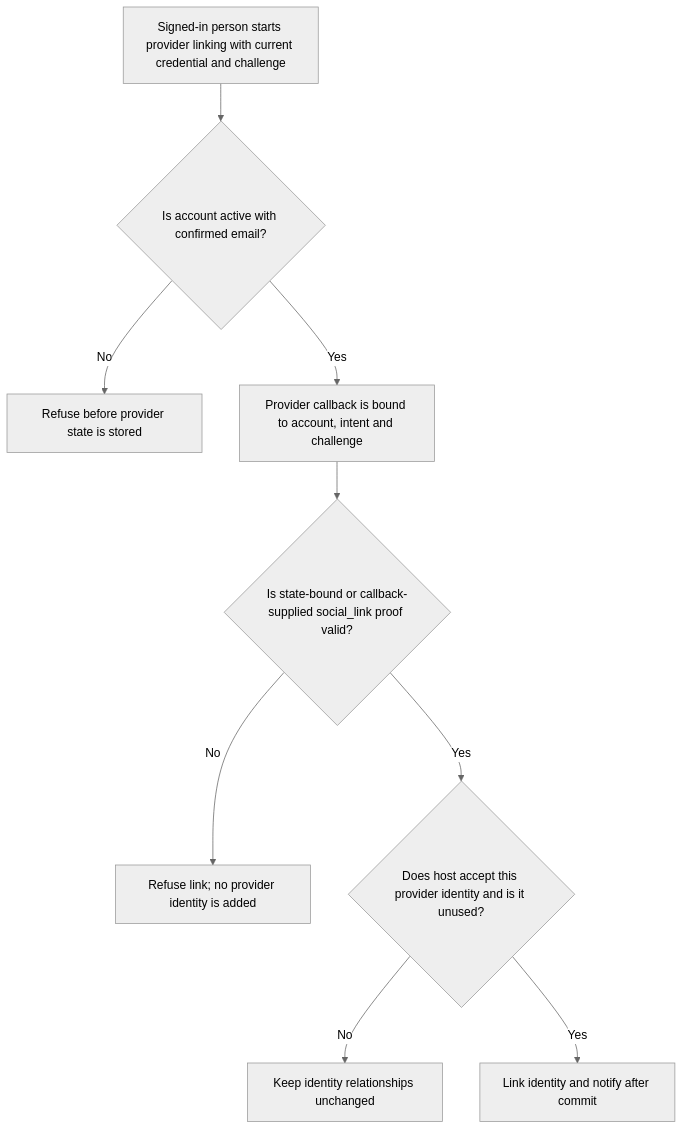
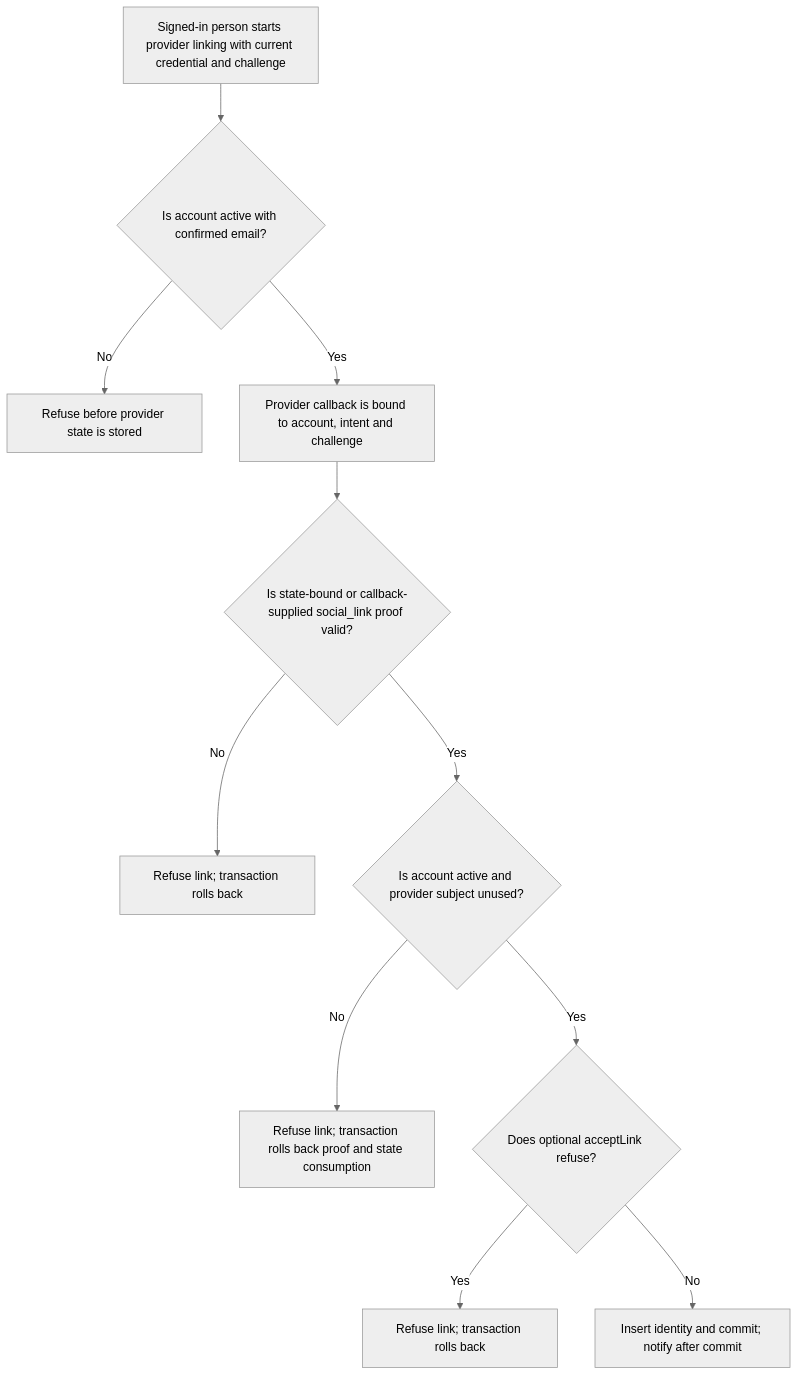
One commit to Kevinjohn/oss-adonisjs-account-kit changed the first of 2 diagrams in user-stories/US-ACCOUNT-21-link-social-identity.md. Above: the diagram before and after it, drawn with Mermaid (neutral theme). The commit also changed other lines of this file and 3 other files, not shown here.

Commit message:
Correct Account Kit catalogue flow details

````diff
--- a/user-stories/US-ACCOUNT-21-link-social-identity.md
+++ b/user-stories/US-ACCOUNT-21-link-social-identity.md
@@ -18,11 +18,13 @@
 ```mermaid
 flowchart TD
  A["Signed-in person starts provider linking with current credential and challenge"] --> B{"Is account active with confirmed email?"}
  B -->|No| C["Refuse before provider state is stored"]
  B -->|Yes| D["Provider callback is bound to account, intent and challenge"]
  D --> E{"Is state-bound or callback-supplied social_link proof valid?"}
- E -->|No| F["Refuse link; no provider identity is added"]
- E -->|Yes| G{"Does host accept this provider identity and is it unused?"}
- G -->|No| H["Keep identity relationships unchanged"]
- G -->|Yes| I["Link identity and notify after commit"]
+ E -->|No| F["Refuse link; transaction rolls back"]
+ E -->|Yes| G{"Is account active and provider subject unused?"}
+ G -->|No| H["Refuse link; transaction rolls back proof and state consumption"]
+ G -->|Yes| I{"Does optional acceptLink refuse?"}
+ I -->|Yes| J["Refuse link; transaction rolls back"]
+ I -->|No| K["Insert identity and commit; notify after commit"]
 ```
````
